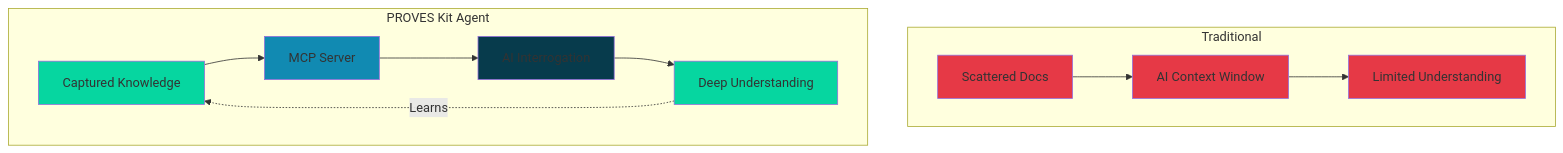
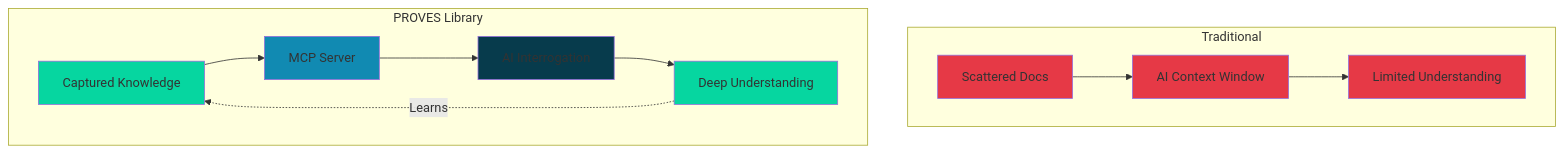
Before and after one commit to Lizo-RoadTown/proveskit-agent: the fourth of 8 diagrams in index.md, drawn with Mermaid. The commit also changed other lines of this file, not shown here.

First line of the commit message:
Update PROVES Kit Agent page with actual implemented system

````diff
--- a/index.md
+++ b/index.md
@@ -115,28 +146,28 @@
 ```mermaid
 graph TB
     subgraph Traditional
         T1[Scattered Docs]
         T2[AI Context Window]
         T3[Limited Understanding]
         T1 --> T2 --> T3
     end
 
-    subgraph PROVES Kit Agent
+    subgraph PROVES Library
         P1[Captured Knowledge]
         P2[MCP Server]
         P3[AI Interrogation]
         P4[Deep Understanding]
         P1 --> P2
         P2 --> P3
         P3 --> P4
         P4 -.->|Learns| P1
     end
 
     style T1 fill:#e63946
     style T2 fill:#e63946
     style T3 fill:#e63946
     style P1 fill:#06d6a0
     style P2 fill:#118ab2
     style P3 fill:#073b4c
     style P4 fill:#06d6a0
 ```
````
